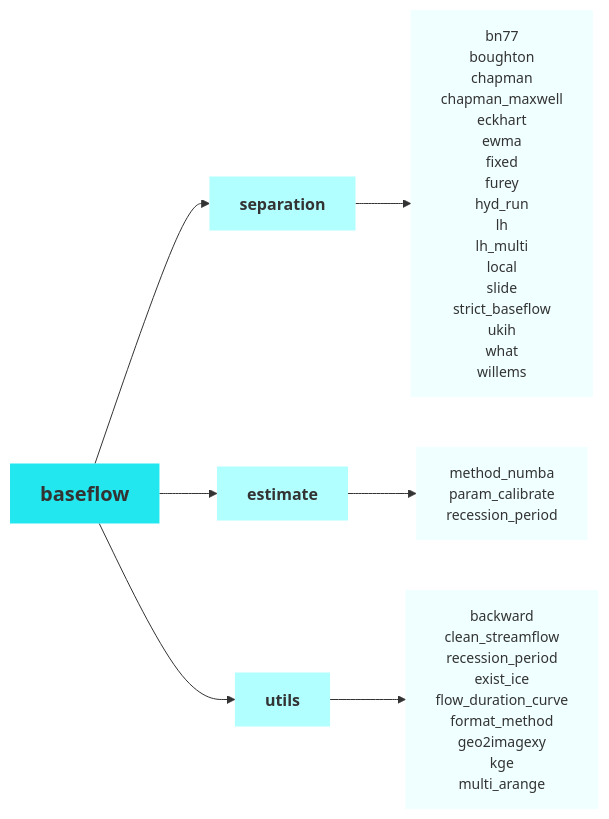
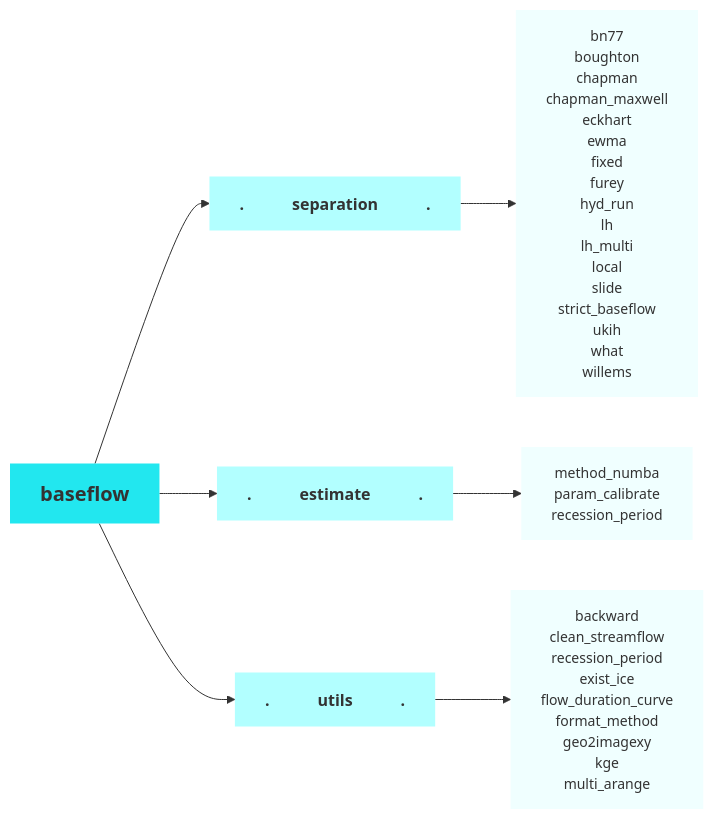
The diagram in docs/index.md (BYU-Hydroinformatics/baseflow), drawn with Mermaid before and after one commit. The commit also changed other lines of this file, not shown here.

Commit message:
change the box size of diagram

````diff
--- a/docs/index.md
+++ b/docs/index.md
@@ -47,73 +50,76 @@
 ```mermaid
+
 %%{init: {
   'theme': 'base', 
   'themeVariables': { 
     'fontSize': '16px', 
     'fontFamily': 'Arial'
   },
   'flowchart': {
     'nodeSpacing': 25,
     'rankSpacing': 25,
     'curve': 'basis'
   }
   "flowchart": {"htmlLabels": false}
 }}%%
 graph LR
     %% Define styles
     classDef default fill:#22E7EF,stroke:#333,stroke-width:0px;
     classDef secondLevel fill:#B2FFFF,stroke:#333,stroke-width:0px,font-size:16px;
     classDef thirdLevel fill:#F0FFFF,stroke:#333,stroke-width:0px,font-size:14px;
 
     A[baseflow]:::default
     B[separation]:::secondLevel
     C[estimate]:::secondLevel
     D[utils]:::secondLevel
 
-    A --> B
-    A --> C
-    A --> D
+    A --> B[.&emsp;&emsp;&emsp;separation&emsp;&emsp;&emsp;.]
+    A --> C[.&emsp;&emsp;&emsp;estimate&emsp;&emsp;&emsp;.]
+    A --> D[.&emsp;&emsp;&emsp;utils&emsp;&emsp;&emsp;.]
 
     newLines1["`bn77
     boughton
     chapman
     chapman_maxwell
     eckhart
     ewma
     fixed
     furey
     hyd_run
     lh
     lh_multi
     local
     slide
     strict_baseflow
     ukih
     what
     willems`"]:::thirdLevel
     B --> newLines1
 
     newLines2["`method_numba
     param_calibrate
     recession_period
     `"]:::thirdLevel
     C --> newLines2
     
     newLines3["`backward
     clean_streamflow
     recession_period
     exist_ice
     flow_duration_curve
     format_method
     geo2imagexy
     kge
     multi_arange
     `"]:::thirdLevel
     D --> newLines3
 
 
     %% Custom styles for specific nodes
     style A font-size:20px,font-weight:bold,mainBkg:#005f73
     style B font-weight:bold
     style C font-weight:bold
     style D font-weight:bold
+    
+    classDef wide padding:100px
 ```
````
